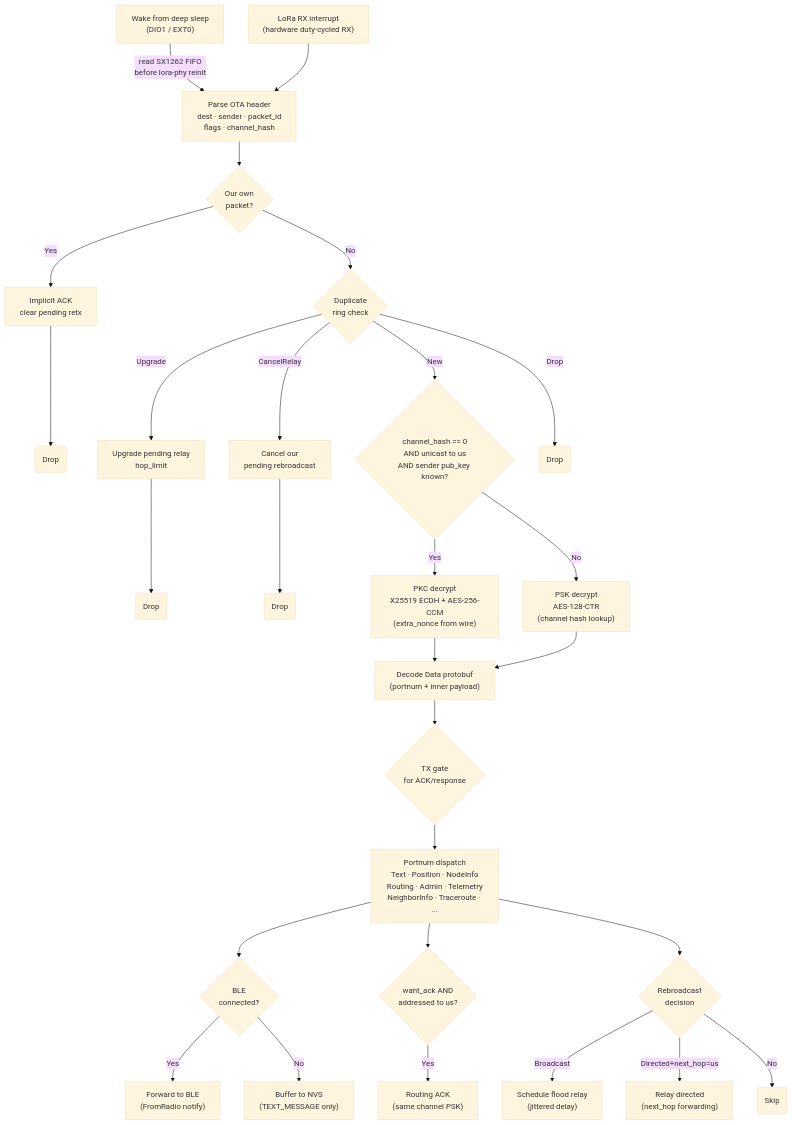
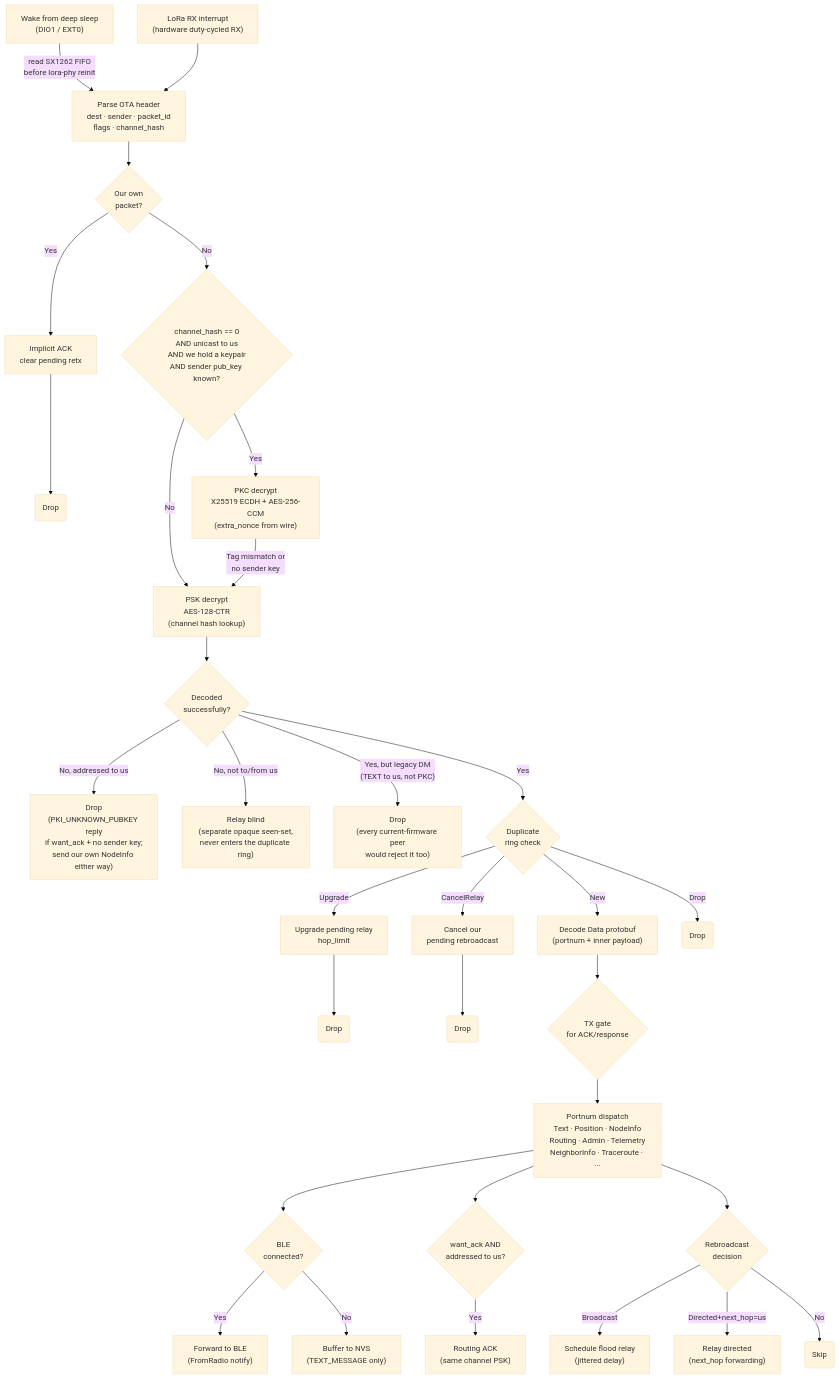
The second of 6 diagrams in README.md (psytraxx/meshtastenstein-rs), drawn with Mermaid (base theme) before and after one commit. The commit also changed other lines of this file and 5 other files, not shown here.

````diff
--- a/README.md
+++ b/README.md
@@ -330,37 +332,46 @@
 ```mermaid
 flowchart TD
     WAKE["Wake from deep sleep<br/>(DIO1 / EXT0)"]
     RX["LoRa RX interrupt<br/>(hardware duty-cycled RX)"]
 
     WAKE -->|"read SX1262 FIFO<br/>before lora-phy reinit"| PARSE
     RX --> PARSE["Parse OTA header<br/>dest · sender · packet_id<br/>flags · channel_hash"]
 
     PARSE --> OWN{Our own<br/>packet?}
     OWN -- Yes --> IACK["Implicit ACK<br/>clear pending retx"] --> DROP1(Drop)
-    OWN -- No --> DUP{Duplicate<br/>ring check}
-    DUP -- New --> CRYPT{channel_hash == 0<br/>AND unicast to us<br/>AND sender pub_key known?}
+
+    %% Authentication happens BEFORE any routing state (duplicate ring,
+    %% NodeDB, BLE push, unknown-sender NodeInfo request) is touched —
+    %% otherwise a forged sender could corrupt that state before its packet
+    %% was ever verified.
+    OWN -- No --> CRYPT{channel_hash == 0<br/>AND unicast to us<br/>AND we hold a keypair<br/>AND sender pub_key known?}
+    CRYPT -- Yes --> PKC["PKC decrypt<br/>X25519 ECDH + AES-256-CCM<br/>(extra_nonce from wire)"]
+    CRYPT -- No --> PSK["PSK decrypt<br/>AES-128-CTR<br/>(channel hash lookup)"]
+    PKC -- "Tag mismatch or<br/>no sender key" --> PSK
+
+    PSK --> DECODEOK{Decoded<br/>successfully?}
+    DECODEOK -- No, addressed to us --> DROP5["Drop<br/>(PKI_UNKNOWN_PUBKEY reply<br/>if want_ack + no sender key;<br/>send our own NodeInfo either way)"]
+    DECODEOK -- "No, not to/from us" --> OPAQUE["Relay blind<br/>(separate opaque seen-set,<br/>never enters the duplicate ring)"]
+    DECODEOK -- "Yes, but legacy DM<br/>(TEXT to us, not PKC)" --> DROP6["Drop<br/>(every current-firmware peer<br/>would reject it too)"]
+
+    DECODEOK -- Yes --> DUP{Duplicate<br/>ring check}
+    DUP -- New --> DECODE["Decode Data protobuf<br/>(portnum + inner payload)"]
     DUP -- Upgrade --> UPG["Upgrade pending relay<br/>hop_limit"] --> DROP2(Drop)
     DUP -- CancelRelay --> CANCEL["Cancel our<br/>pending rebroadcast"] --> DROP3(Drop)
     DUP -- Drop --> DROP4(Drop)
-
-    CRYPT -- Yes --> PKC["PKC decrypt<br/>X25519 ECDH + AES-256-CCM<br/>(extra_nonce from wire)"]
-    CRYPT -- No --> PSK["PSK decrypt<br/>AES-128-CTR<br/>(channel hash lookup)"]
-
-    PKC --> DECODE
-    PSK --> DECODE["Decode Data protobuf<br/>(portnum + inner payload)"]
 
     DECODE --> DUTY{TX gate<br/>for ACK/response}
     DUTY --> DISPATCH["Portnum dispatch<br/>Text · Position · NodeInfo<br/>Routing · Admin · Telemetry<br/>NeighborInfo · Traceroute · ..."]
 
     DISPATCH --> FWD{BLE<br/>connected?}
     FWD -- Yes --> BLE_FWD["Forward to BLE<br/>(FromRadio notify)"]
     FWD -- No --> BUF["Buffer to NVS<br/>(TEXT_MESSAGE only)"]
 
     DISPATCH --> ACK{want_ack AND<br/>addressed to us?}
     ACK -- Yes --> SEND_ACK["Routing ACK<br/>(same channel PSK)"]
 
     DISPATCH --> REBR{Rebroadcast<br/>decision}
     REBR -- Broadcast --> FLOOD["Schedule flood relay<br/>(jittered delay)"]
     REBR -- Directed+next_hop=us --> RELAY["Relay directed<br/>(next_hop forwarding)"]
     REBR -- No --> SKIP(Skip)
 ```
````
